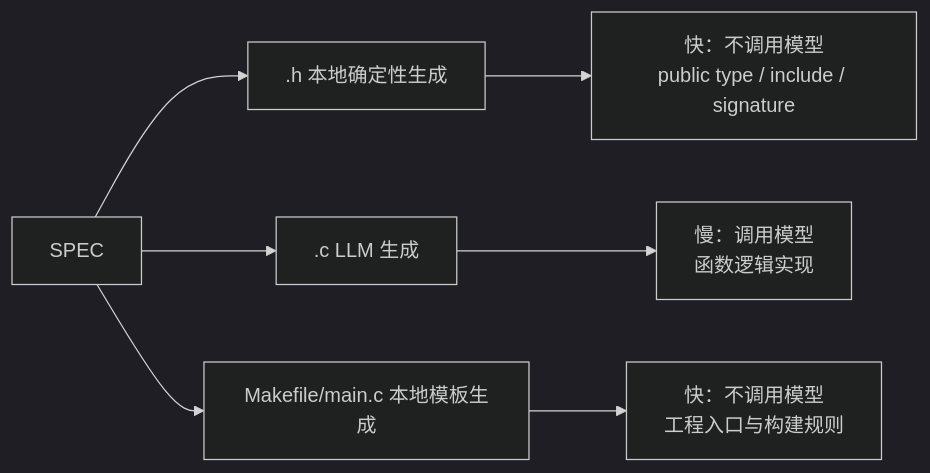
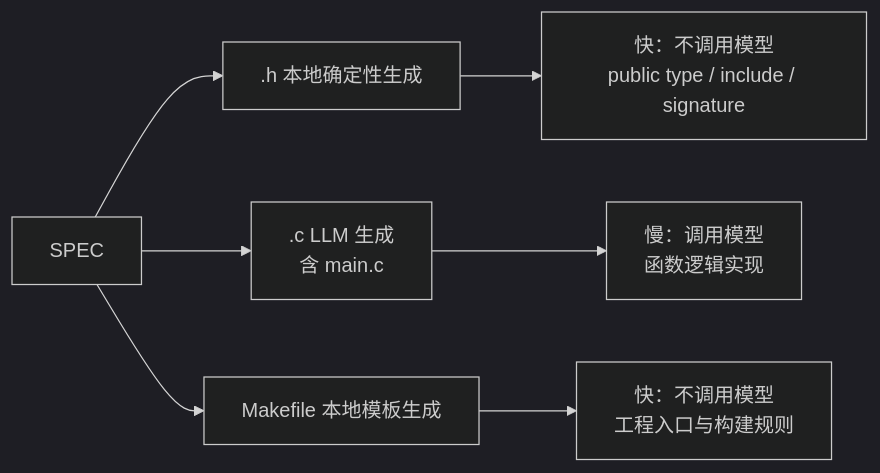
Before and after one commit to Assassin187/SpecForge: the second of 3 diagrams in agent/coder/README.md, drawn with Mermaid (dark theme). The commit also changed other lines of this file and 207 other files, not shown here.

````diff
--- a/agent/coder/README.md
+++ b/agent/coder/README.md
@@ -72,10 +84,10 @@
 ```mermaid
 flowchart LR
     S[SPEC] --> H[.h 本地确定性生成]
-    S --> C[.c LLM 生成]
-    S --> M[Makefile/main.c 本地模板生成]
+    S --> C[.c LLM 生成<br/>含 main.c]
+    S --> M[Makefile 本地模板生成]
 
     H --> HP[快：不调用模型<br/>public type / include / signature]
     C --> CP[慢：调用模型<br/>函数逻辑实现]
     M --> MP[快：不调用模型<br/>工程入口与构建规则]
 ```
````
